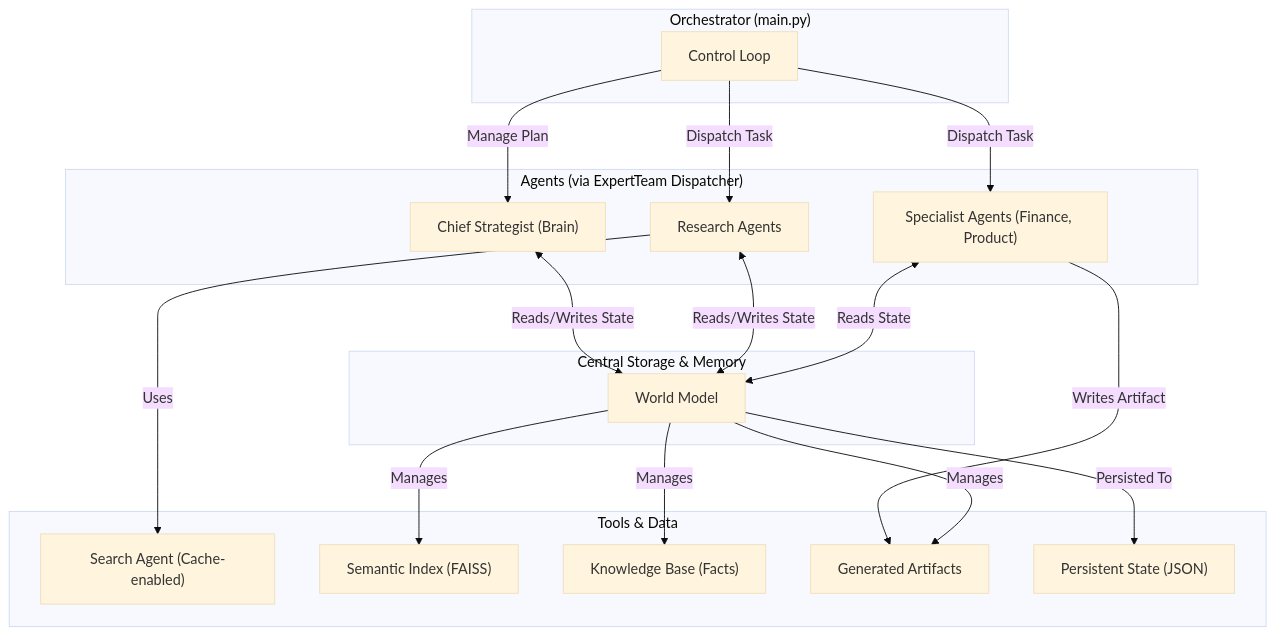
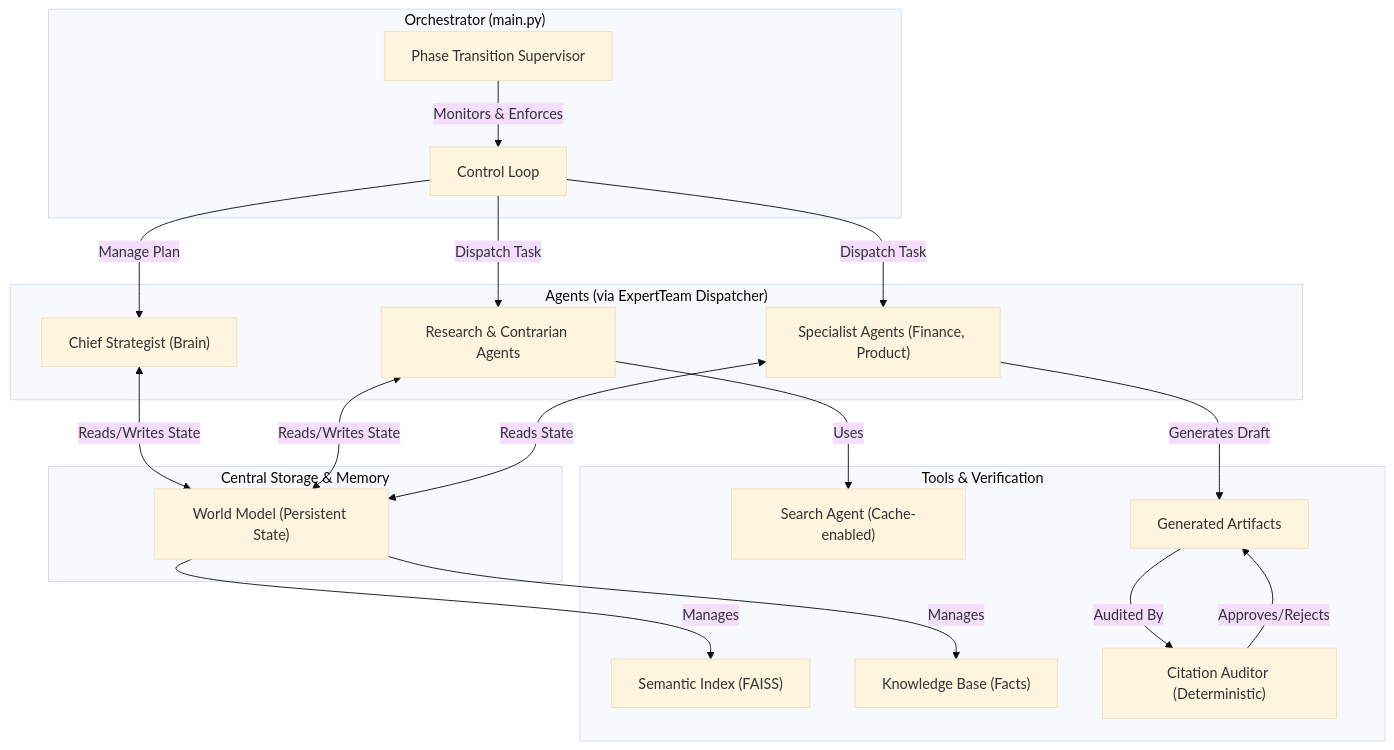
Before and after one commit to DmitryTretiakov/b2b-hr-tech-research: the diagram in README.md, drawn with Mermaid (base theme). The commit also changed other lines of this file, not shown here.

````diff
--- a/README.md
+++ b/README.md
@@ -18,37 +18,39 @@
 ```mermaid
 graph TD
     subgraph "Orchestrator (main.py)"
         A["Control Loop"]
+        PTS["Phase Transition Supervisor"]
     end
 
     subgraph "Agents (via ExpertTeam Dispatcher)"
         B["Chief Strategist (Brain)"]
-        C["Research Agents"]
+        C["Research & Contrarian Agents"]
         S["Specialist Agents (Finance, Product)"]
     end
 
     subgraph "Central Storage & Memory"
-        D["World Model"]
+        D["World Model (Persistent State)"]
     end
 
-    subgraph "Tools & Data"
+    subgraph "Tools & Verification"
         E["Search Agent (Cache-enabled)"]
         F["Semantic Index (FAISS)"]
         G["Knowledge Base (Facts)"]
         I["Generated Artifacts"]
-        H["Persistent State (JSON)"]
+        J["Citation Auditor (Deterministic)"]
     end
 
     A -->|"Manage Plan"| B
     A -->|"Dispatch Task"| C
     A -->|"Dispatch Task"| S
+    PTS -- "Monitors & Enforces" --> A
     B <-->|"Reads/Writes State"| D
     C <-->|"Reads/Writes State"| D
     S <-->|"Reads State"| D
-    S -->|"Writes Artifact"| I
+    S -->|"Generates Draft"| I
+    I -- "Audited By" --> J
+    J -- "Approves/Rejects" --> I
     C -->|"Uses"| E
     D --"Manages"--> F
     D --"Manages"--> G
-    D --"Manages"--> I
-    D --"Persisted To"--> H
 ```
````
